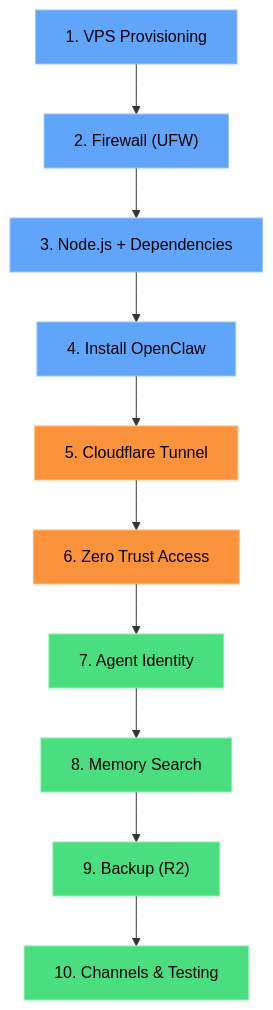
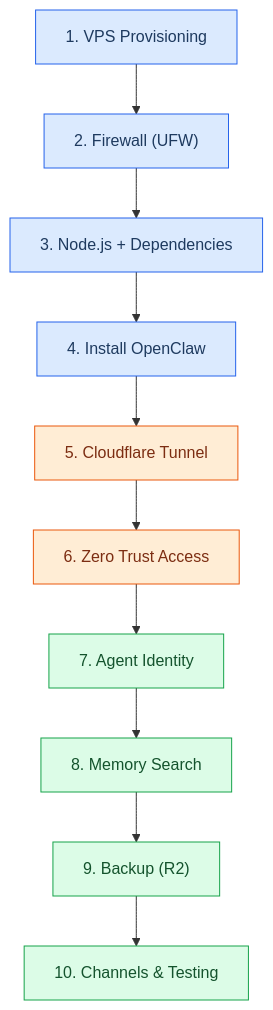
Before and after one commit to gaiar/openclaw-setup: the diagram in docs/index.md, drawn with Mermaid.

Commit message:
fix: use light-friendly colors in deployment pipeline diagram

````diff
--- a/docs/index.md
+++ b/docs/index.md
@@ -53,23 +53,23 @@
 ```mermaid
 flowchart TD
     A["1. VPS Provisioning"] --> B["2. Firewall (UFW)"]
     B --> C["3. Node.js + Dependencies"]
     C --> D["4. Install OpenClaw"]
     D --> E["5. Cloudflare Tunnel"]
     E --> F["6. Zero Trust Access"]
     F --> G["7. Agent Identity"]
     G --> H["8. Memory Search"]
     H --> I["9. Backup (R2)"]
     I --> J["10. Channels & Testing"]
 
-    style A fill:#60a5fa,stroke:#93c5fd,color:#000
-    style B fill:#60a5fa,stroke:#93c5fd,color:#000
-    style C fill:#60a5fa,stroke:#93c5fd,color:#000
-    style D fill:#60a5fa,stroke:#93c5fd,color:#000
-    style E fill:#fb923c,stroke:#fdba74,color:#000
-    style F fill:#fb923c,stroke:#fdba74,color:#000
-    style G fill:#4ade80,stroke:#86efac,color:#000
-    style H fill:#4ade80,stroke:#86efac,color:#000
-    style I fill:#4ade80,stroke:#86efac,color:#000
-    style J fill:#4ade80,stroke:#86efac,color:#000
+    style A fill:#dbeafe,stroke:#2563eb,color:#1e3a5f
+    style B fill:#dbeafe,stroke:#2563eb,color:#1e3a5f
+    style C fill:#dbeafe,stroke:#2563eb,color:#1e3a5f
+    style D fill:#dbeafe,stroke:#2563eb,color:#1e3a5f
+    style E fill:#ffedd5,stroke:#ea580c,color:#7c2d12
+    style F fill:#ffedd5,stroke:#ea580c,color:#7c2d12
+    style G fill:#dcfce7,stroke:#16a34a,color:#14532d
+    style H fill:#dcfce7,stroke:#16a34a,color:#14532d
+    style I fill:#dcfce7,stroke:#16a34a,color:#14532d
+    style J fill:#dcfce7,stroke:#16a34a,color:#14532d
 ```
````
